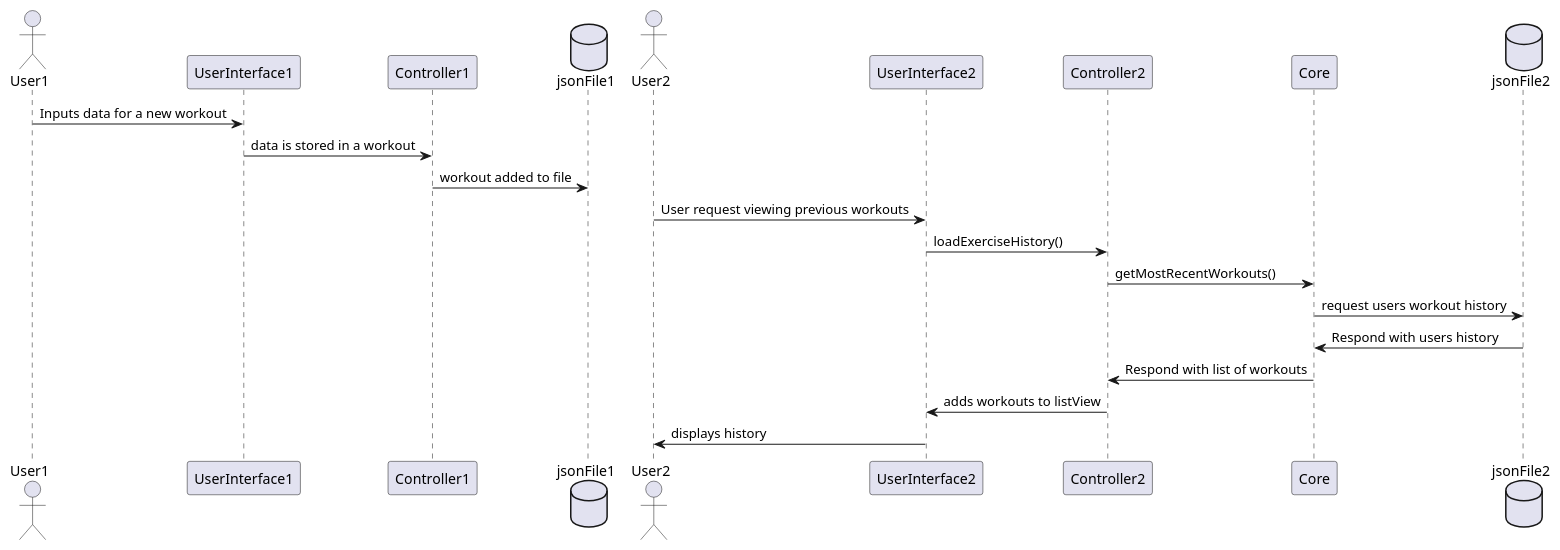
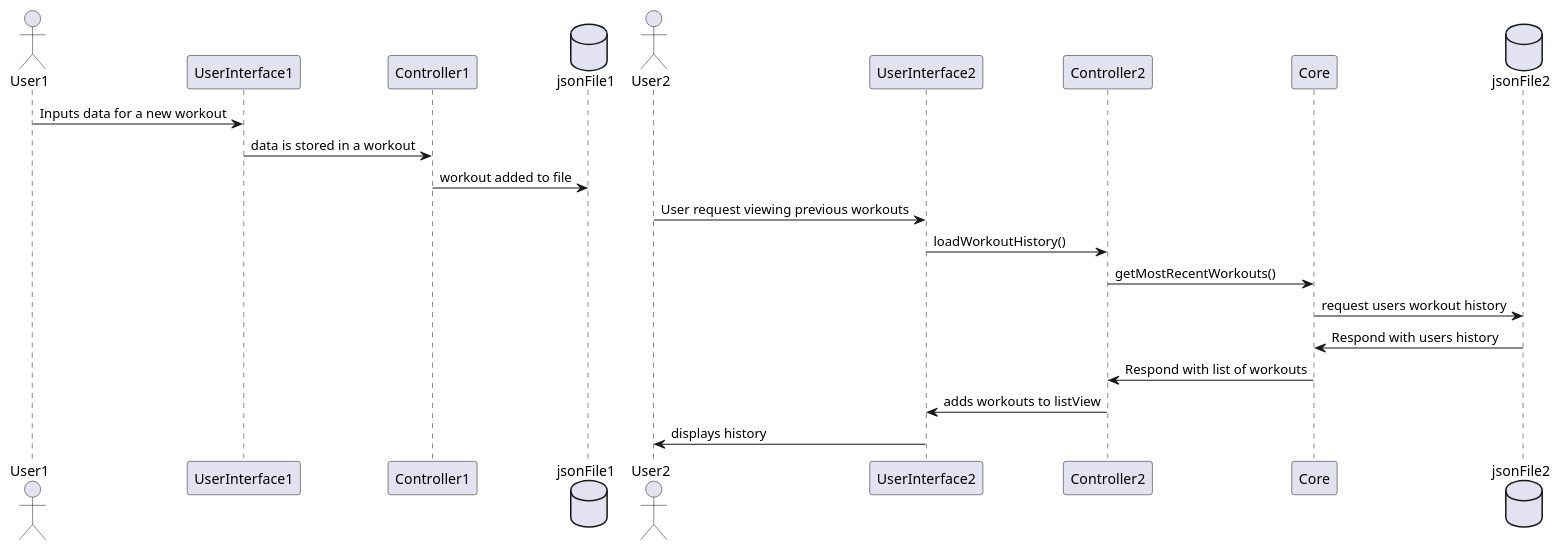
Before and after one commit to martirev/LOFT: the diagram in docs/release2/PlantUMLFiles/sequenceDiagram.puml, drawn with PlantUML. The commit also changed 2 other files, not shown here.

```diff
--- a/docs/release2/PlantUMLFiles/sequenceDiagram.puml
+++ b/docs/release2/PlantUMLFiles/sequenceDiagram.puml
@@ -1,25 +1,25 @@
 @startuml SequenceDiagram
 actor User1 
 participant UserInterface1
 participant Controller1
 database jsonFile1
 
 User1 -> UserInterface1: Inputs data for a new workout
 UserInterface1-> Controller1: data is stored in a workout
 Controller1 -> jsonFile1: workout added to file
 
 actor User2
 participant UserInterface2
 participant Controller2
 participant Core
 database jsonFile2
 
 User2 -> UserInterface2: User request viewing previous workouts
-UserInterface2 -> Controller2: loadExerciseHistory()
+UserInterface2 -> Controller2: loadWorkoutHistory()
 Controller2 -> Core: getMostRecentWorkouts()
 Core -> jsonFile2: request users workout history
 jsonFile2 -> Core: Respond with users history
 Core -> Controller2: Respond with list of workouts
 Controller2 -> UserInterface2: adds workouts to listView
 UserInterface2 -> User2: displays history
 @enduml
```
